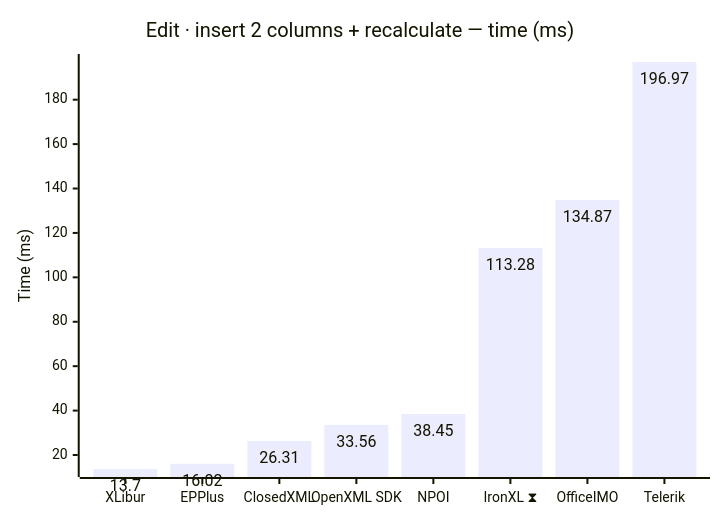
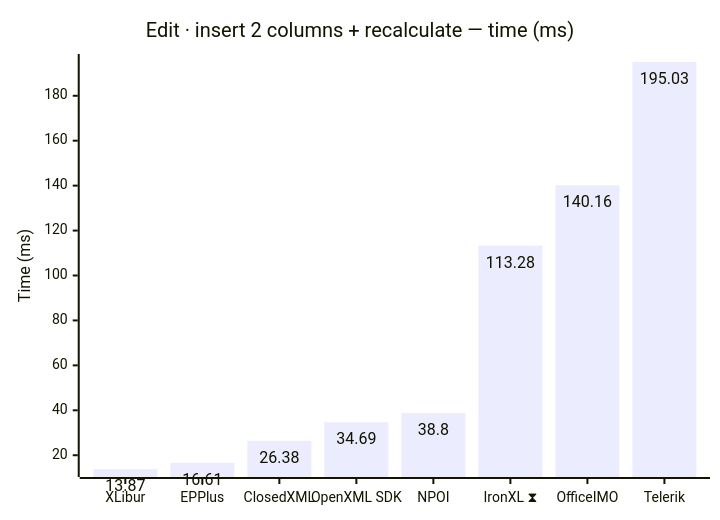
Before and after one commit to jafin/XLBench: diagram 11 of 12 in docs/results.md, drawn with Mermaid. The commit also changed other lines of this file and 11 other files, not shown here.

````diff
--- a/docs/results.md
+++ b/docs/results.md
@@ -171,12 +172,12 @@
 ```mermaid
 ---
 config:
   xyChart:
     showDataLabel: true
 ---
 xychart-beta
     title "Edit · insert 2 columns + recalculate — time (ms)"
     x-axis ["XLibur", "EPPlus", "ClosedXML", "OpenXML SDK", "NPOI", "IronXL ⧗", "OfficeIMO", "Telerik"]
     y-axis "Time (ms)"
-    bar [13.7, 16.02, 26.31, 33.56, 38.45, 113.28, 134.87, 196.97]
+    bar [13.87, 16.61, 26.38, 34.69, 38.8, 113.28, 140.16, 195.03]
 ```
````
